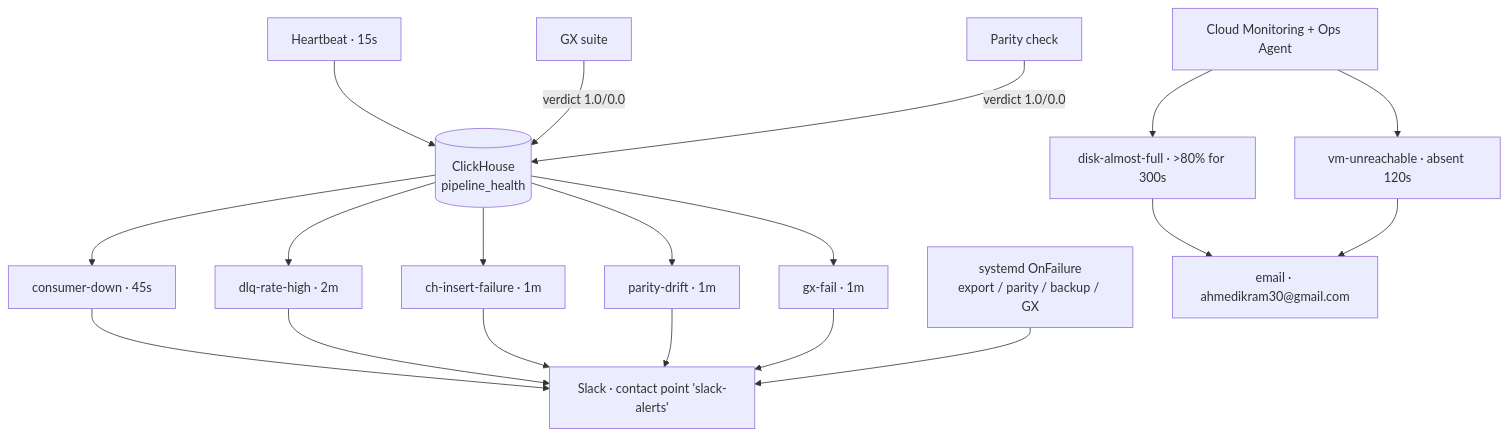
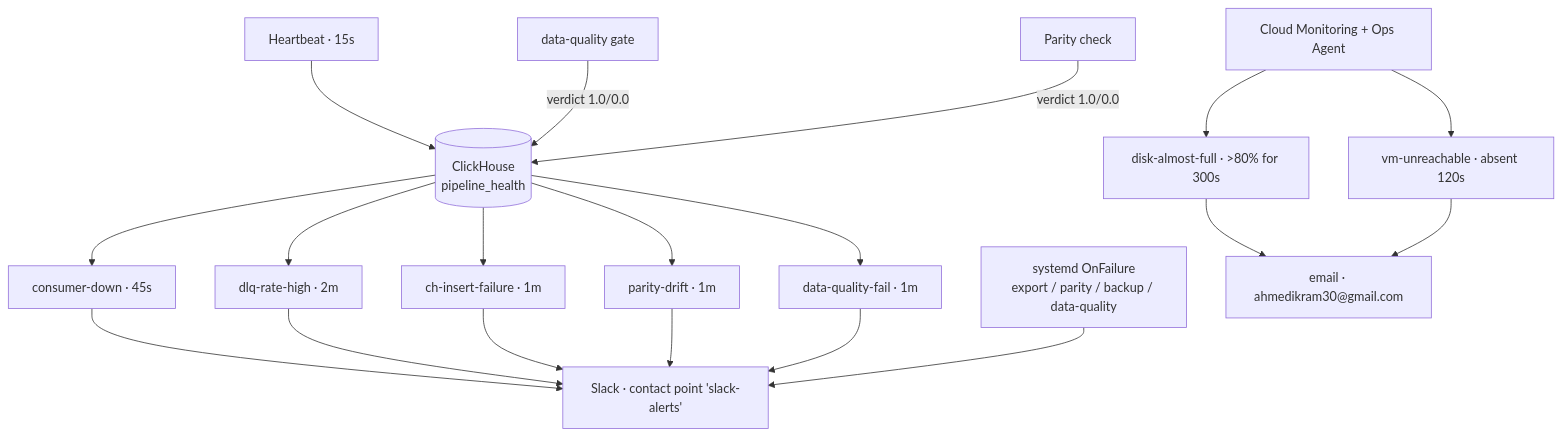
The second of 3 diagrams in docs/deep-dives.md (AhmedIkram05/WikiStream), drawn with Mermaid before and after one commit. The commit also changed other lines of this file and 6 other files, not shown here.

Commit message:
docs: record the GX -> data_quality migration

````diff
--- a/docs/deep-dives.md
+++ b/docs/deep-dives.md
@@ -211,19 +211,19 @@
 ```mermaid
 flowchart TD
     CH[("ClickHouse<br/>pipeline_health")]
     H["Heartbeat · 15s"] --> CH
-    GX["GX suite"] -->|verdict 1.0/0.0| CH
+    DQ["data-quality gate"] -->|verdict 1.0/0.0| CH
     PAR["Parity check"] -->|verdict 1.0/0.0| CH
     CH --> G1["consumer-down · 45s"]
     CH --> G2["dlq-rate-high · 2m"]
     CH --> G3["ch-insert-failure · 1m"]
     CH --> G4["parity-drift · 1m"]
-    CH --> G5["gx-fail · 1m"]
+    CH --> G5["data-quality-fail · 1m"]
     G1 & G2 & G3 & G4 & G5 --> SL["Slack · contact point 'slack-alerts'"]
 
-    ON["systemd OnFailure<br/>export / parity / backup / GX"] --> SL
+    ON["systemd OnFailure<br/>export / parity / backup / data-quality"] --> SL
 
     OA["Cloud Monitoring + Ops Agent"] --> P1["disk-almost-full · >80% for 300s"]
     OA --> P2["vm-unreachable · absent 120s"]
     P1 & P2 --> EM["email · ahmedikram30@gmail.com"]
 ```
````
